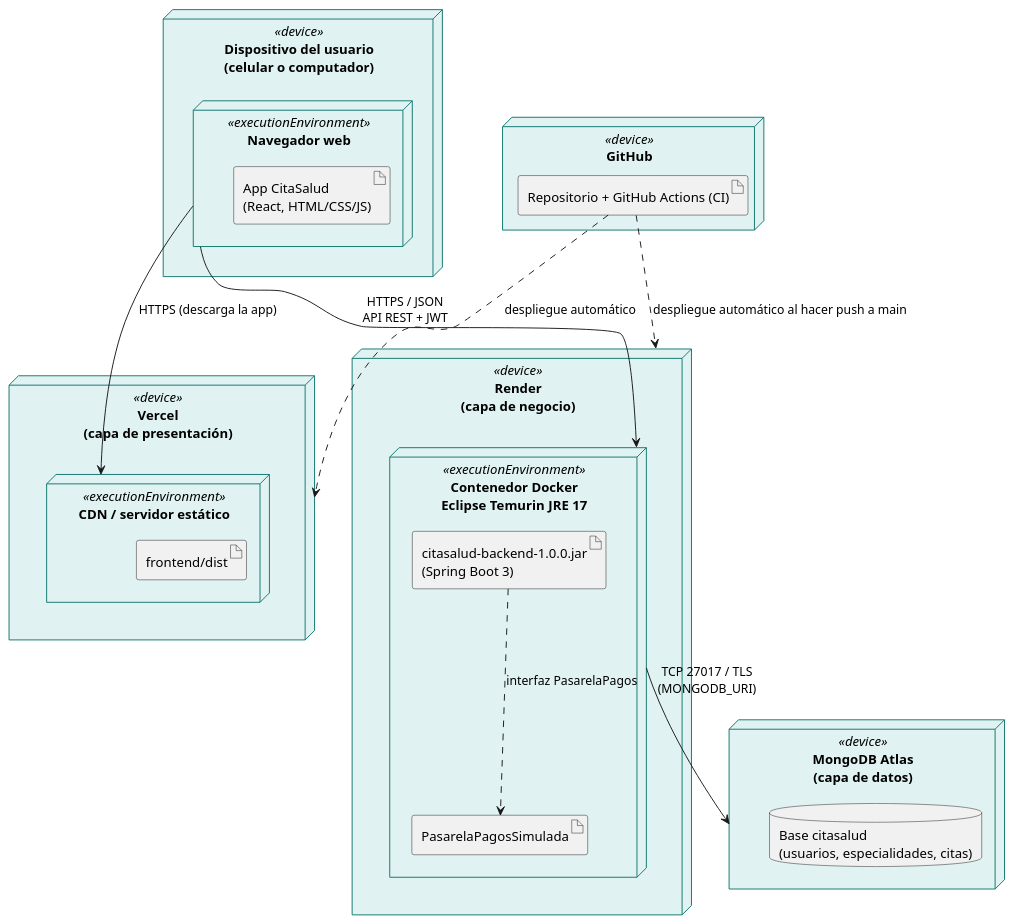
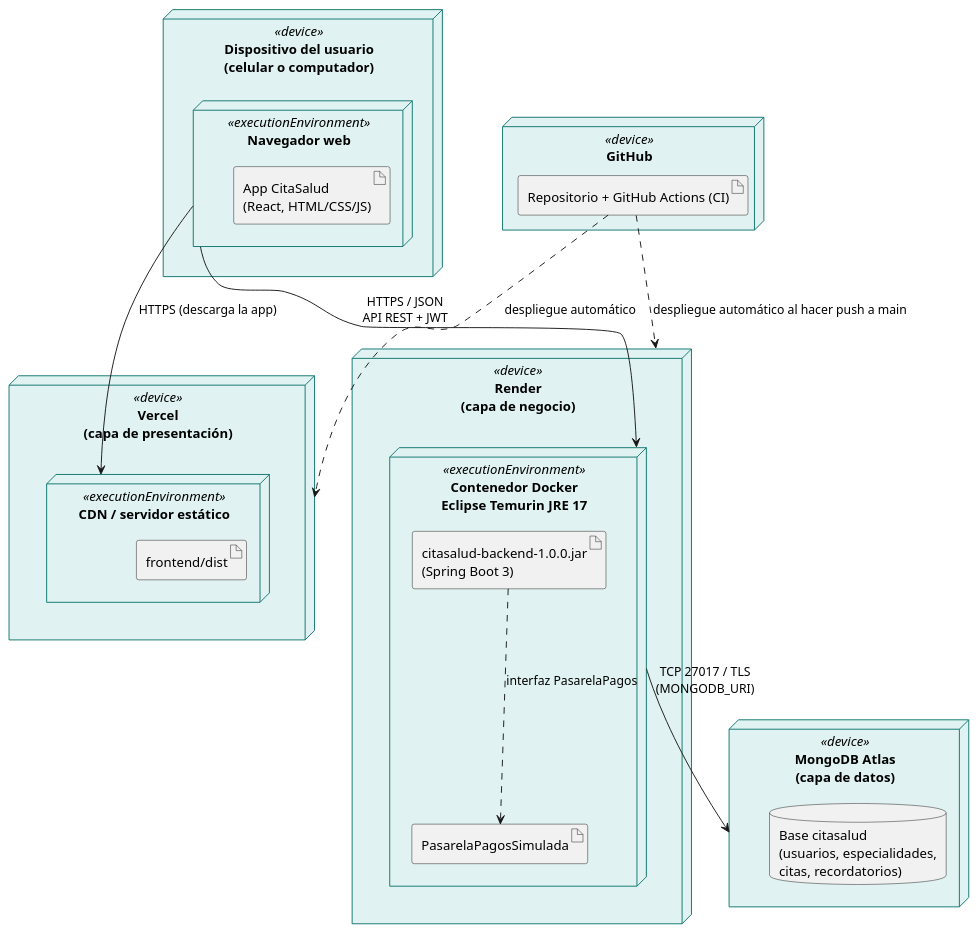
Before and after one commit to laurameza7/CitaSalud: the diagram in diagramas/fuentes/vista-despliegue.puml, drawn with PlantUML. The commit also changed 43 other files, not shown here.

First line of the commit message:
Recordatorios de citas (HU_017): backend, pruebas, pantalla, documentación y diagramas

```diff
--- a/diagramas/fuentes/vista-despliegue.puml
+++ b/diagramas/fuentes/vista-despliegue.puml
@@ -1,43 +1,43 @@
 @startuml vista-despliegue
 ' Vista de despliegue: arquitectura de tres capas en la nube.
 skinparam defaultFontName Arial
 skinparam shadowing false
 skinparam node {
   BackgroundColor #E0F2F1
   BorderColor #0F766E
 }
 
 node "Dispositivo del usuario\n(celular o computador)" as DISP <<device>> {
   node "Navegador web" as NAV <<executionEnvironment>> {
     artifact "App CitaSalud\n(React, HTML/CSS/JS)" as APPJS
   }
 }
 
 node "Vercel\n(capa de presentación)" as VER <<device>> {
   node "CDN / servidor estático" as CDN <<executionEnvironment>> {
     artifact "frontend/dist" as DIST
   }
 }
 
 node "Render\n(capa de negocio)" as REN <<device>> {
   node "Contenedor Docker\nEclipse Temurin JRE 17" as DOCK <<executionEnvironment>> {
     artifact "citasalud-backend-1.0.0.jar\n(Spring Boot 3)" as JAR
     artifact "PasarelaPagosSimulada" as PAS
   }
 }
 
 node "MongoDB Atlas\n(capa de datos)" as ATL <<device>> {
-  database "Base citasalud\n(usuarios, especialidades, citas)" as BD
+  database "Base citasalud\n(usuarios, especialidades,\ncitas, recordatorios)" as BD
 }
 
 node "GitHub" as GH <<device>> {
   artifact "Repositorio + GitHub Actions (CI)" as REPO
 }
 
 NAV --> CDN : HTTPS (descarga la app)
 NAV --> DOCK : HTTPS / JSON\nAPI REST + JWT
 DOCK --> ATL : TCP 27017 / TLS\n(MONGODB_URI)
 JAR ..> PAS : interfaz PasarelaPagos
 REPO ..> REN : despliegue automático al hacer push a main
 REPO ..> VER : despliegue automático
 @enduml
```
